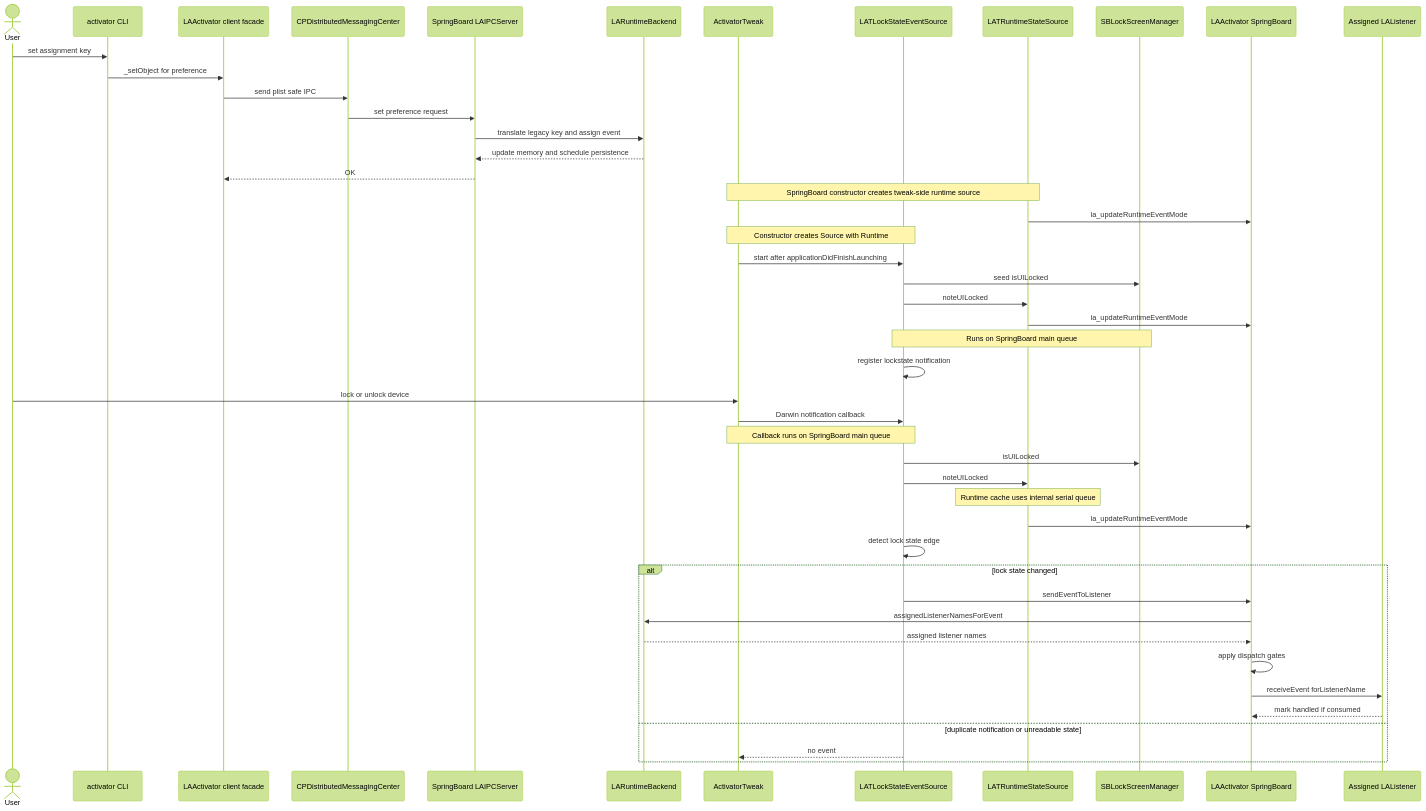
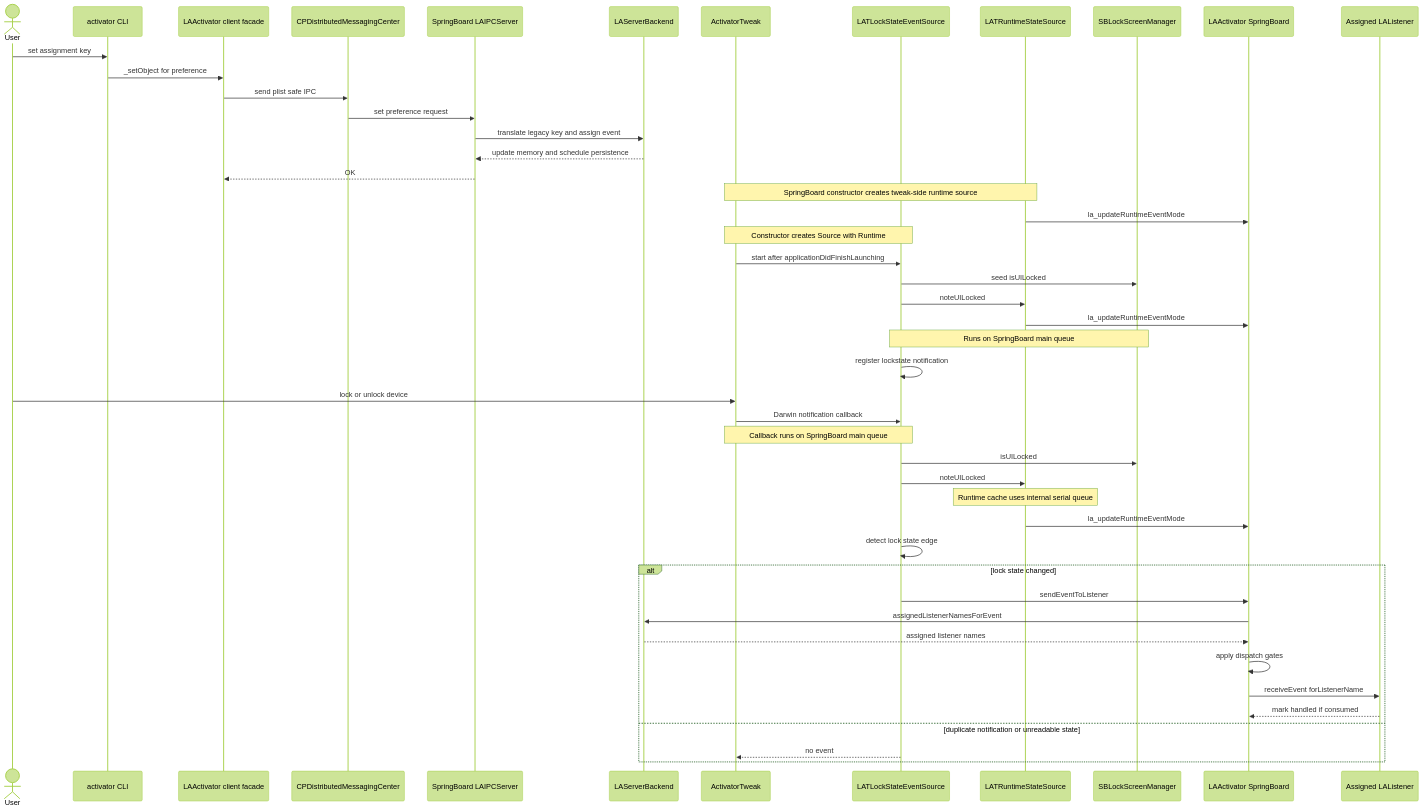
Before and after one commit to Lessica/libactivator: the diagram in docs/LOW_RISK_EVENT_SOURCE_FLOW.md, drawn with Mermaid (forest theme). The commit also changed 14 other files, not shown here.

````diff
--- a/docs/LOW_RISK_EVENT_SOURCE_FLOW.md
+++ b/docs/LOW_RISK_EVENT_SOURCE_FLOW.md
@@ -5,53 +5,53 @@
 ```mermaid
 sequenceDiagram
     actor User
     participant CLI as activator CLI
     participant Client as LAActivator client facade
     participant IPC as CPDistributedMessagingCenter
     participant Server as SpringBoard LAIPCServer
-    participant Backend as LARuntimeBackend
+    participant Backend as LAServerBackend
     participant Tweak as ActivatorTweak
     participant Source as LATLockStateEventSource
     participant Runtime as LATRuntimeStateSource
     participant Lock as SBLockScreenManager
     participant Activator as LAActivator SpringBoard
     participant Listener as Assigned LAListener
 
     User->>CLI: set assignment key
     CLI->>Client: _setObject for preference
     Client->>IPC: send plist safe IPC
     IPC->>Server: set preference request
     Server->>Backend: translate legacy key and assign event
     Backend-->>Server: update memory and schedule persistence
     Server-->>Client: OK
 
     Note over Tweak,Runtime: SpringBoard constructor creates tweak-side runtime source
     Runtime->>Activator: la_updateRuntimeEventMode
     Note over Tweak,Source: Constructor creates Source with Runtime
     Tweak->>Source: start after applicationDidFinishLaunching
     Source->>Lock: seed isUILocked
     Source->>Runtime: noteUILocked
     Runtime->>Activator: la_updateRuntimeEventMode
     Note over Source,Lock: Runs on SpringBoard main queue
     Source->>Source: register lockstate notification
 
     User->>Tweak: lock or unlock device
     Tweak->>Source: Darwin notification callback
     Note over Tweak,Source: Callback runs on SpringBoard main queue
     Source->>Lock: isUILocked
     Source->>Runtime: noteUILocked
     Note over Runtime: Runtime cache uses internal serial queue
     Runtime->>Activator: la_updateRuntimeEventMode
     Source->>Source: detect lock state edge
 
     alt lock state changed
         Source->>Activator: sendEventToListener
         Activator->>Backend: assignedListenerNamesForEvent
         Backend-->>Activator: assigned listener names
         Activator->>Activator: apply dispatch gates
         Activator->>Listener: receiveEvent forListenerName
         Listener-->>Activator: mark handled if consumed
     else duplicate notification or unreadable state
         Source-->>Tweak: no event
     end
 ```
````
